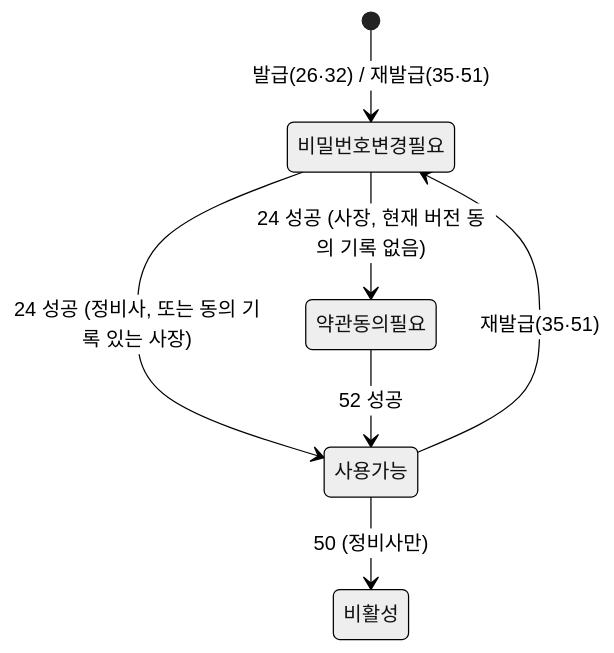
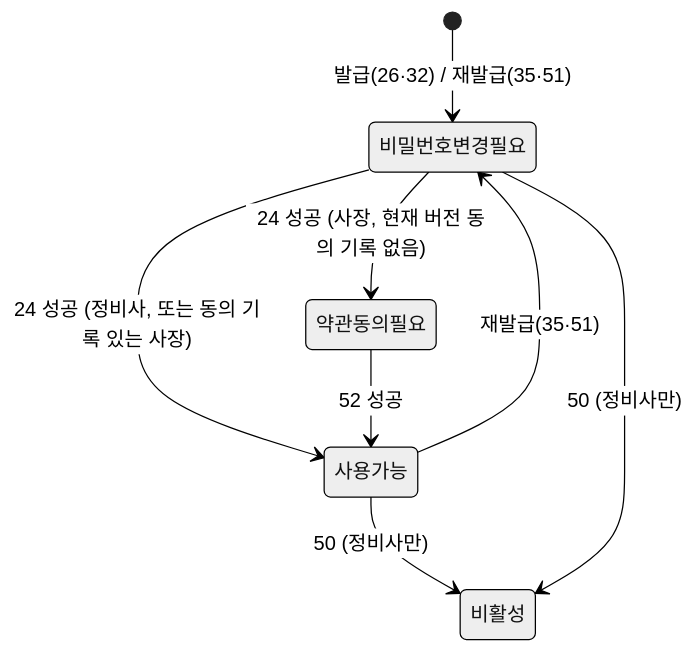
One commit to OneMonthproJect/chagok-docs changed the fourth of 4 diagrams in docs/02_workflow_사용자흐름_상태전이.md. Above: the diagram before and after it, drawn with Mermaid (neutral theme). The commit also changed 8 other files, not shown here.

````diff
--- a/docs/02_workflow_사용자흐름_상태전이.md
+++ b/docs/02_workflow_사용자흐름_상태전이.md
@@ -165,9 +165,10 @@
 ```mermaid
 stateDiagram-v2
   [*] --> 비밀번호변경필요: 발급(26·32) / 재발급(35·51)
   비밀번호변경필요 --> 약관동의필요: 24 성공 (사장, 현재 버전 동의 기록 없음)
   비밀번호변경필요 --> 사용가능: 24 성공 (정비사, 또는 동의 기록 있는 사장)
   약관동의필요 --> 사용가능: 52 성공
   사용가능 --> 비밀번호변경필요: 재발급(35·51)
   사용가능 --> 비활성: 50 (정비사만)
+  비밀번호변경필요 --> 비활성: 50 (정비사만)
 ```
````
